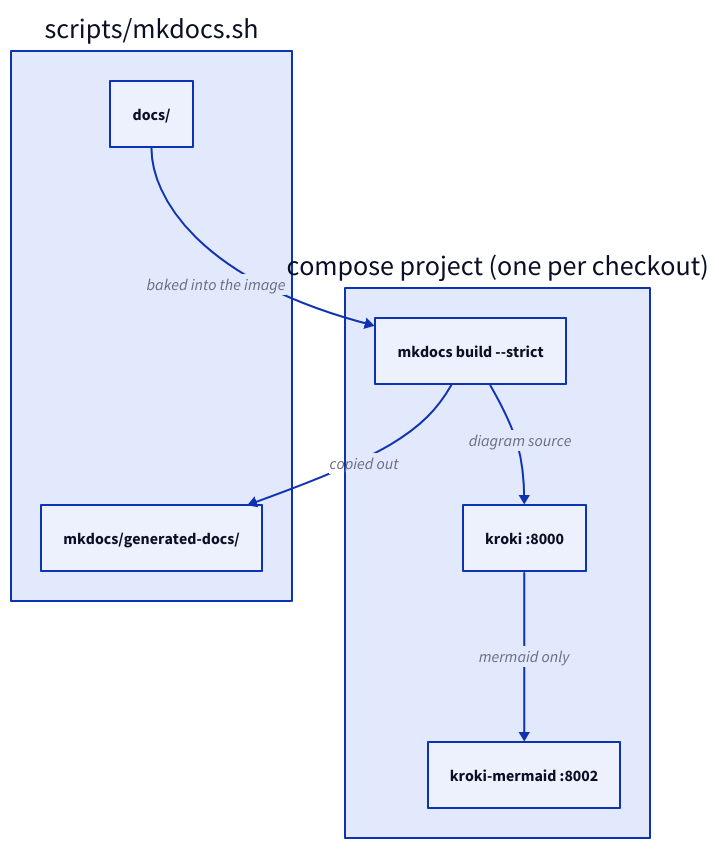
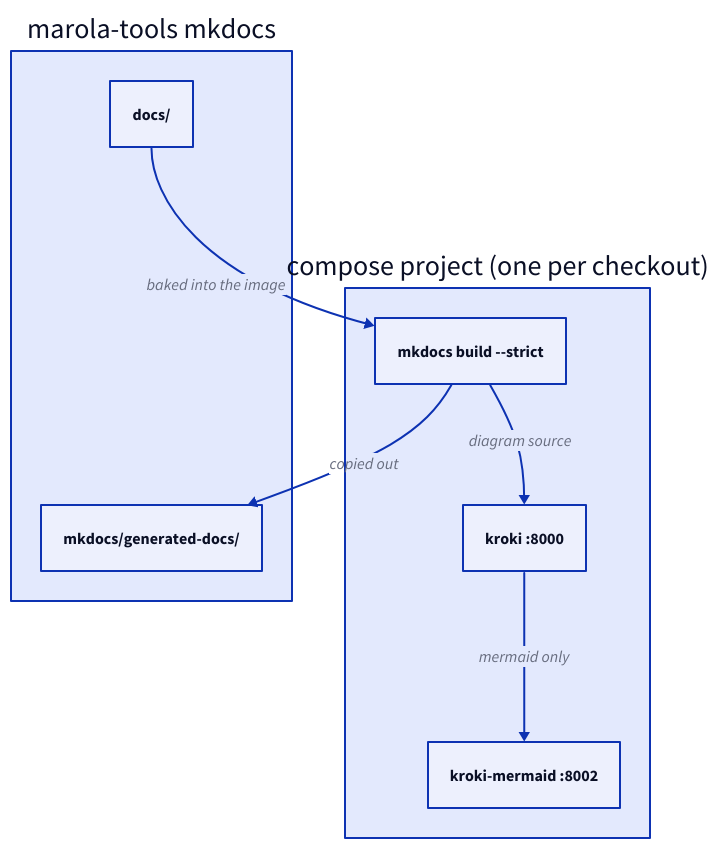
The diagram in docs/3-Ways-of-working/DIAGRAMS.md (marola-dev/marola), drawn with D2 before and after one commit. The commit also changed other lines of this file and 138 other files, not shown here.

First line of the commit message:
tools: replace the Rust crate and the shell scripts with Scala 3 (#943)

````diff
--- a/docs/3-Ways-of-working/DIAGRAMS.md
+++ b/docs/3-Ways-of-working/DIAGRAMS.md
@@ -64,16 +64,16 @@
 ```d2
 direction: down
-host: "scripts/mkdocs.sh" {
+host: "marola-tools mkdocs" {
   docs: "docs/"
   out: "mkdocs/generated-docs/"
 }
 stack: "compose project (one per checkout)" {
   mkdocs: "mkdocs build --strict"
   kroki: "kroki :8000"
   mermaid: "kroki-mermaid :8002"
   mkdocs -> kroki: "diagram source"
   kroki -> mermaid: "mermaid only"
 }
 host.docs -> stack.mkdocs: "baked into the image"
 stack.mkdocs -> host.out: "copied out"
 ```
````
